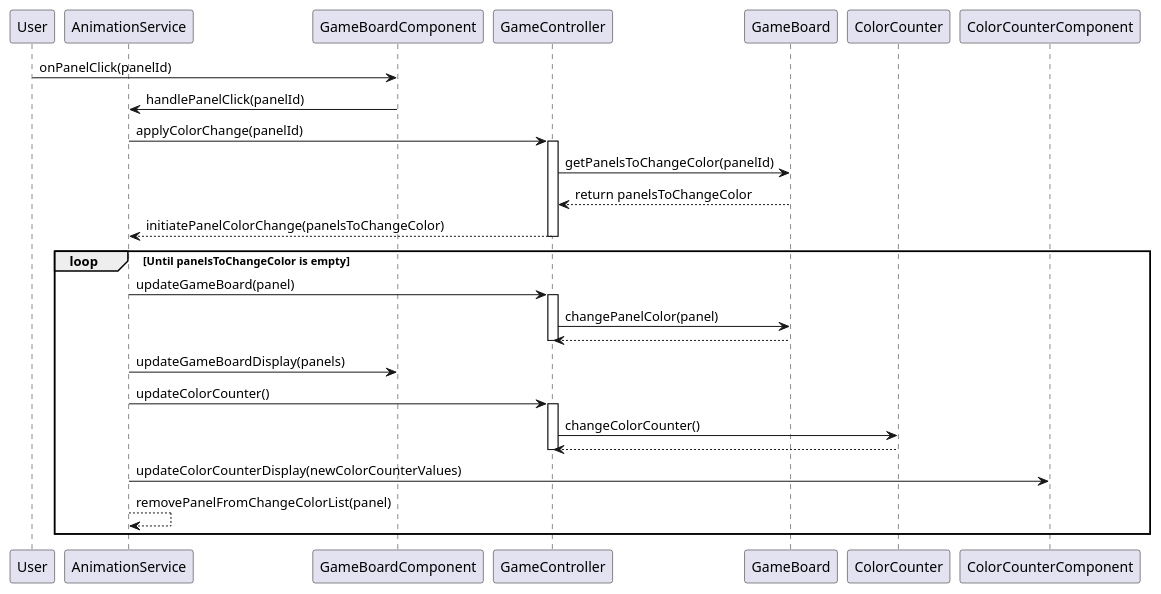
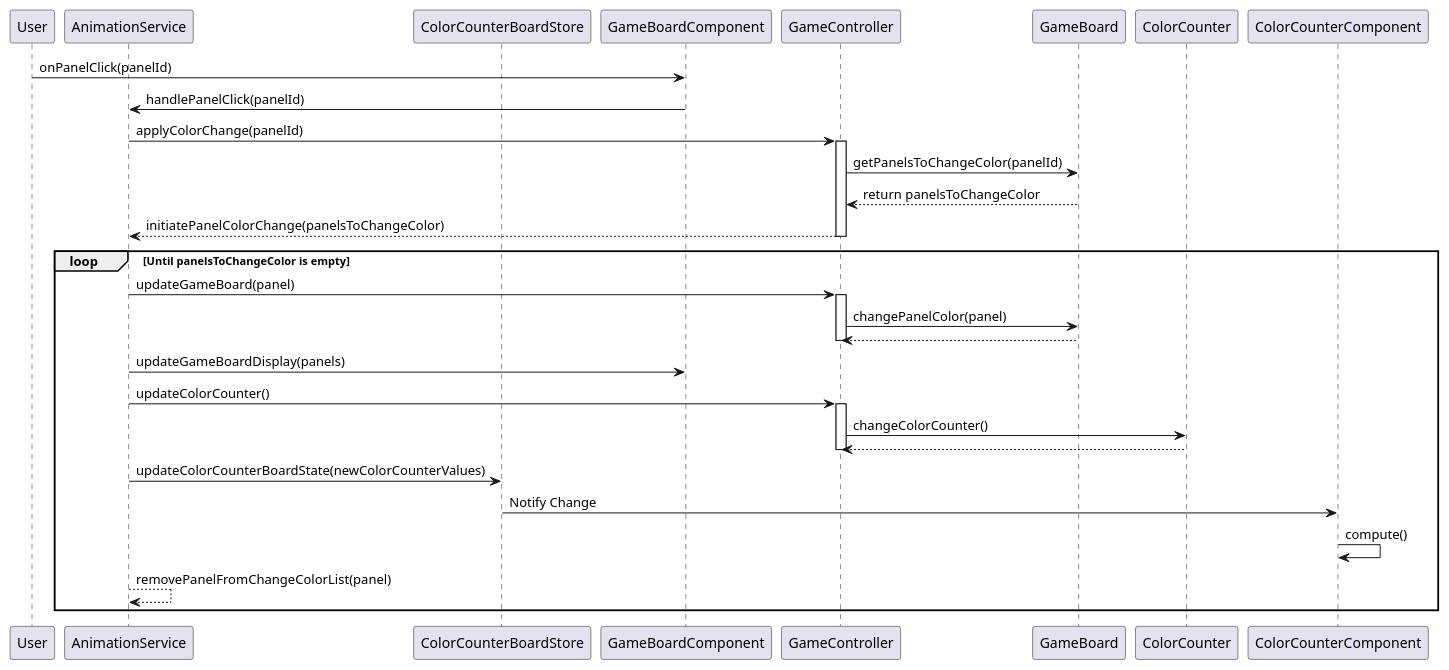
The diagram in docs/GamePlayInteractionFlow.puml (AkamatsuYuu1987/TS-Attack25), drawn with PlantUML before and after one commit. The commit also changed 3 other files, not shown here.

```diff
--- a/docs/GamePlayInteractionFlow.puml
+++ b/docs/GamePlayInteractionFlow.puml
@@ -1,33 +1,36 @@
 @startuml
 participant User
 participant AnimationService
+participant ColorCounterBoardStore
 participant GameBoardComponent
 participant GameController
 participant GameBoard
 participant ColorCounter
 participant ColorCounterComponent
 
 User -> GameBoardComponent : onPanelClick(panelId)
 GameBoardComponent -> AnimationService: handlePanelClick(panelId)
 AnimationService->GameController: applyColorChange(panelId) 
 activate GameController
 GameController -> GameBoard : getPanelsToChangeColor(panelId)
 GameBoard --> GameController : return panelsToChangeColor
 GameController --> AnimationService : initiatePanelColorChange(panelsToChangeColor)
 deactivate GameController
 loop Until panelsToChangeColor is empty
     AnimationService -> GameController : updateGameBoard(panel)
     activate GameController
     GameController -> GameBoard : changePanelColor(panel)
     GameBoard --> GameController
     deactivate GameController
     AnimationService -> GameBoardComponent : updateGameBoardDisplay(panels)
     AnimationService -> GameController : updateColorCounter()
     activate GameController
     GameController -> ColorCounter : changeColorCounter()
     ColorCounter --> GameController
     deactivate GameController
-    AnimationService-> ColorCounterComponent : updateColorCounterDisplay(newColorCounterValues)
+    AnimationService-> ColorCounterBoardStore : updateColorCounterBoardState(newColorCounterValues)
+    ColorCounterBoardStore -> ColorCounterComponent: Notify Change
+    ColorCounterComponent -> ColorCounterComponent: compute()
     AnimationService--> AnimationService: removePanelFromChangeColorList(panel)
 end
 @enduml
```
